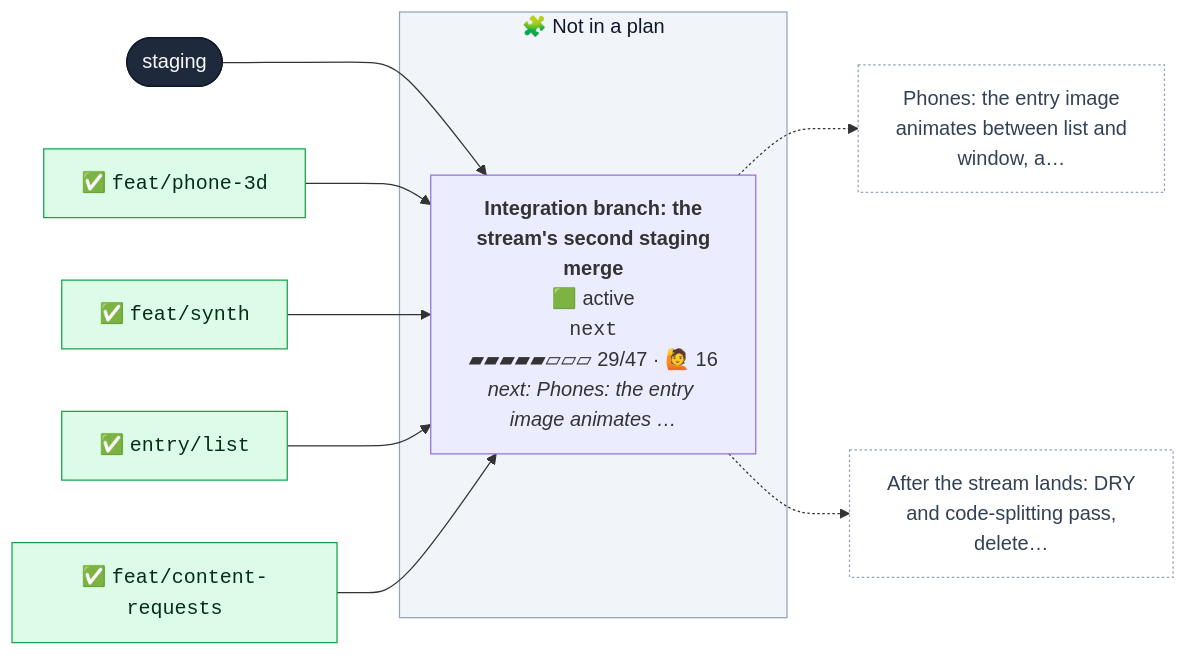
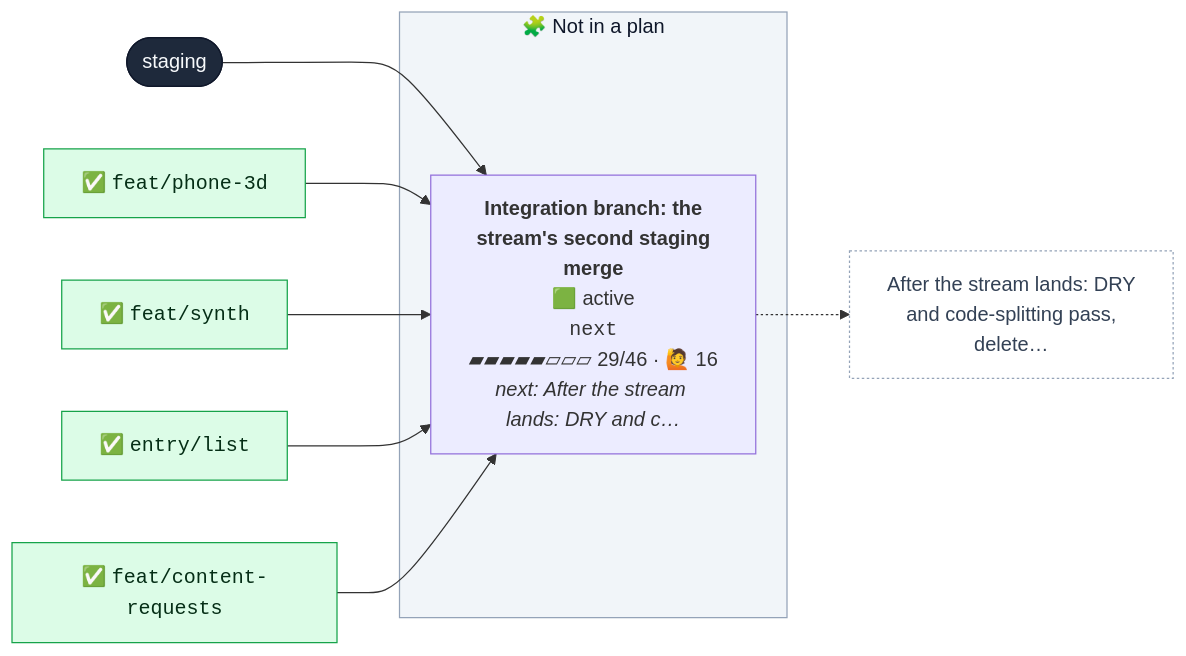
Before and after one commit to henryjonescodes/portfolio: the first of 2 diagrams in CONTRIBUTING.md, drawn with Mermaid. The commit also changed other lines of this file, not shown here.

````diff
--- a/CONTRIBUTING.md
+++ b/CONTRIBUTING.md
@@ -16,38 +16,35 @@
 ```mermaid
 flowchart LR
   n_staging([staging])
   class n_staging trunk
   subgraph loose["🧩 Not in a plan"]
-    n_next["<b>Integration branch: the<br/>stream's second staging<br/>merge</b><br/>🟩 active<br/><code>next</code><br/>▰▰▰▰▰▱▱▱ 29/47 · 🙋 16<br/><i>next: Phones: the entry image animates …</i>"]
+    n_next["<b>Integration branch: the<br/>stream's second staging<br/>merge</b><br/>🟩 active<br/><code>next</code><br/>▰▰▰▰▰▱▱▱ 29/46 · 🙋 16<br/><i>next: After the stream lands: DRY and c…</i>"]
     class n_next active,current
   end
   style loose fill:#f1f5f9,stroke:#94a3b8,color:#0f172a
   n_staging --> n_next
   n_next_m0["✅ <code>feat/phone-3d</code>"]
   class n_next_m0 merged
   n_next_m0 --> n_next
   n_next_m1["✅ <code>feat/synth</code>"]
   class n_next_m1 merged
   n_next_m1 --> n_next
   n_next_m2["✅ <code>entry/list</code>"]
   class n_next_m2 merged
   n_next_m2 --> n_next
   n_next_m3["✅ <code>feat/content-requests</code>"]
   class n_next_m3 merged
   n_next_m3 --> n_next
-  n_next_t0["Phones: the entry image<br/>animates between list and<br/>window, a…"]
+  n_next_t0["After the stream lands: DRY<br/>and code-splitting pass,<br/>delete…"]
   class n_next_t0 todo
   n_next -.-> n_next_t0
-  n_next_t1["After the stream lands: DRY<br/>and code-splitting pass,<br/>delete…"]
-  class n_next_t1 todo
-  n_next -.-> n_next_t1
   classDef merged fill:#dcfce7,stroke:#16a34a,color:#052e16
   classDef todo fill:#ffffff,stroke:#94a3b8,stroke-dasharray:2 2,color:#334155
   classDef planned fill:#c7d2fe,stroke:#4f46e5,color:#1e1b4b
   classDef sketched fill:#f8fafc,stroke:#64748b,stroke-dasharray:4 3,color:#334155
   classDef active fill:#bbf7d0,stroke:#16a34a,stroke-width:3px,color:#052e16
   classDef review fill:#fde68a,stroke:#d97706,stroke-width:3px,color:#451a03
   classDef blocked fill:#fecaca,stroke:#dc2626,stroke-width:3px,color:#450a0a
   classDef trunk fill:#1e293b,stroke:#0f172a,color:#f8fafc
   classDef current stroke:#0ea5e9,stroke-width:5px
 ```
````
